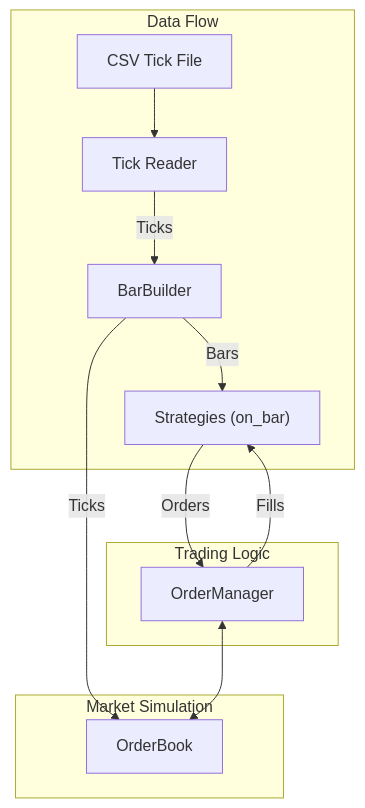
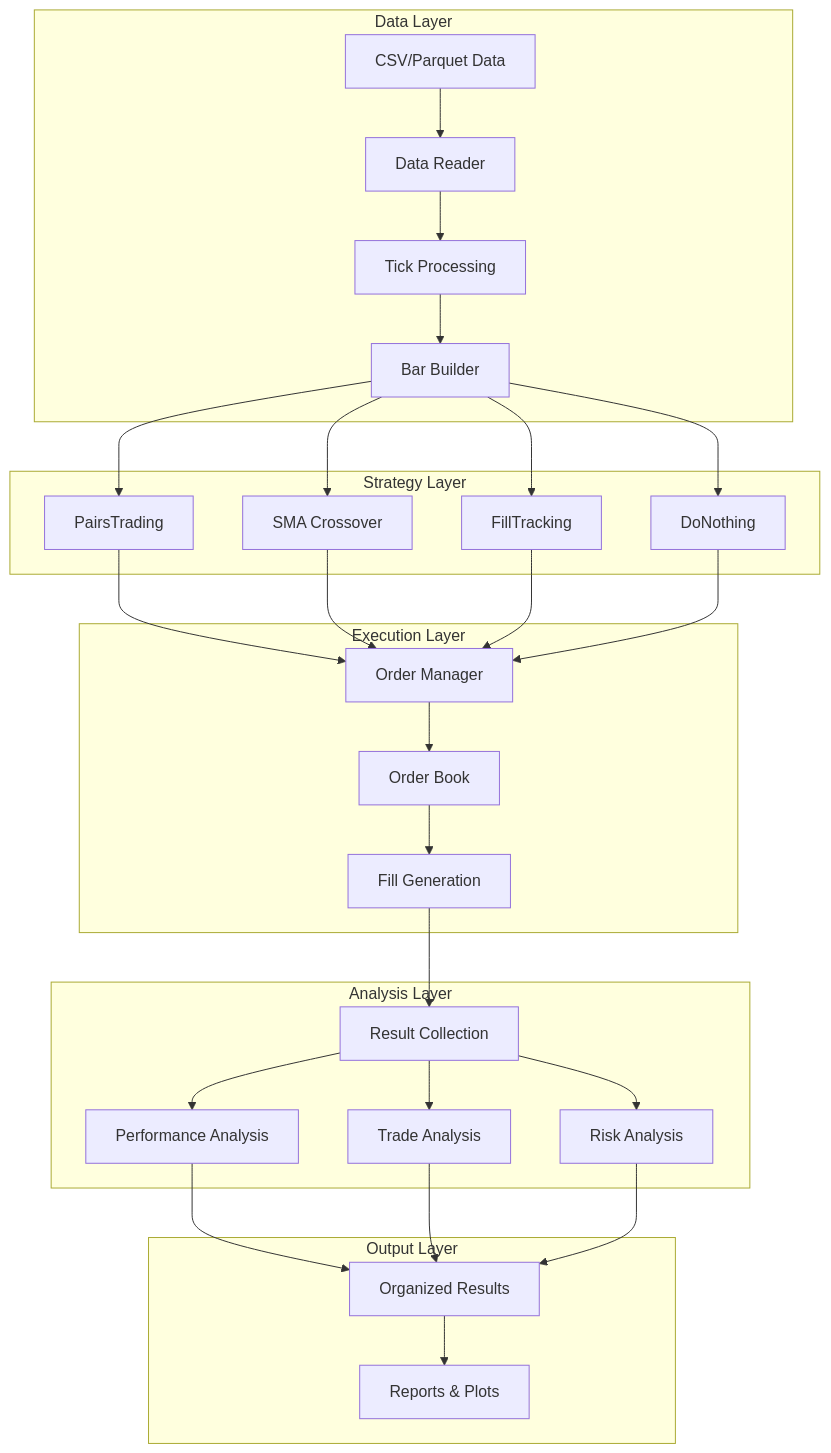
Before and after one commit to MarcusJMyrick/Quantitative-Strategy-Engine-QSE-: the diagram in README.md, drawn with Mermaid. The commit also changed other lines of this file and 40 other files, not shown here.

Commit message:
feat: Comprehensive QSE enhancement with organized results and advanced analysis

````diff
--- a/README.md
+++ b/README.md
@@ -42,18 +42,38 @@
 ```mermaid
 graph TD;
-    subgraph Data Flow
-        A[CSV Tick File] --> B[Tick Reader];
-        B -- Ticks --> C[BarBuilder];
-        C -- Bars --> D["Strategies (on_bar)"];
+    subgraph "Data Layer"
+        A[CSV/Parquet Data] --> B[Data Reader];
+        B --> C[Tick Processing];
+        C --> D[Bar Builder];
     end
 
-    subgraph Trading Logic
-        D -- Orders --> E[OrderManager];
-        E -- Fills --> D;
+    subgraph "Strategy Layer"
+        D --> E[PairsTrading];
+        D --> F[SMA Crossover];
+        D --> G[FillTracking];
+        D --> H[DoNothing];
     end
-    
-    subgraph Market Simulation
-        C -- Ticks --> F[OrderBook];
-        E <--> F;
+
+    subgraph "Execution Layer"
+        E --> I[Order Manager];
+        F --> I;
+        G --> I;
+        H --> I;
+        I --> J[Order Book];
+        J --> K[Fill Generation];
+    end
+
+    subgraph "Analysis Layer"
+        K --> L[Result Collection];
+        L --> M[Performance Analysis];
+        L --> N[Trade Analysis];
+        L --> O[Risk Analysis];
+    end
+
+    subgraph "Output Layer"
+        M --> P[Organized Results];
+        N --> P;
+        O --> P;
+        P --> Q[Reports & Plots];
     end
 ```
````
